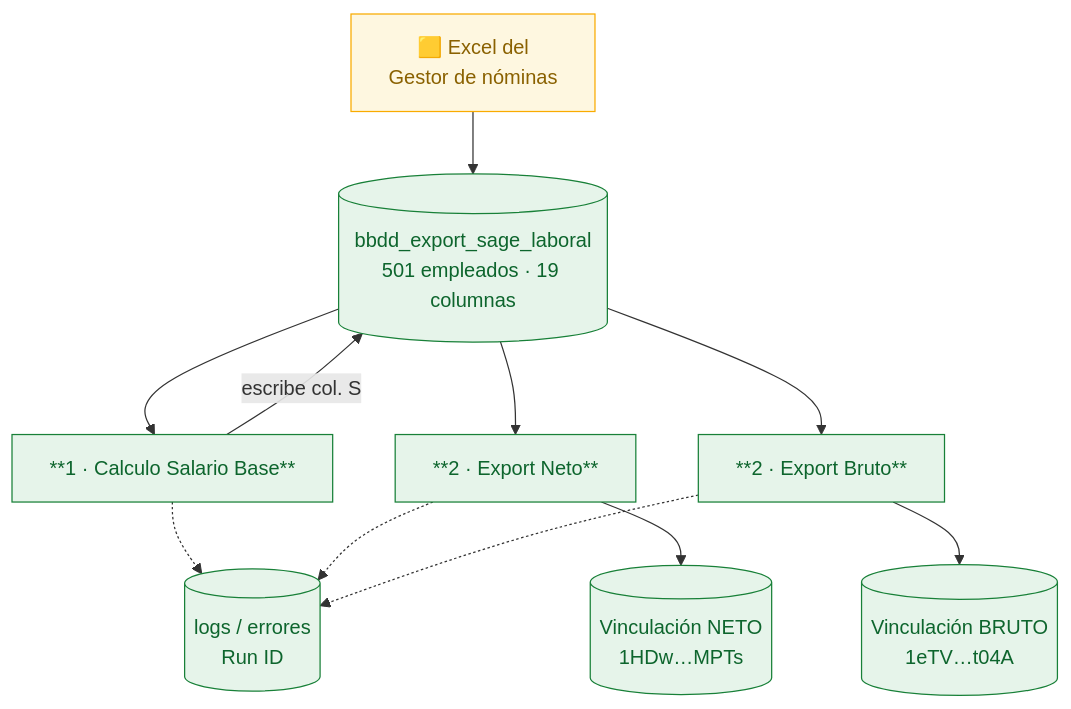
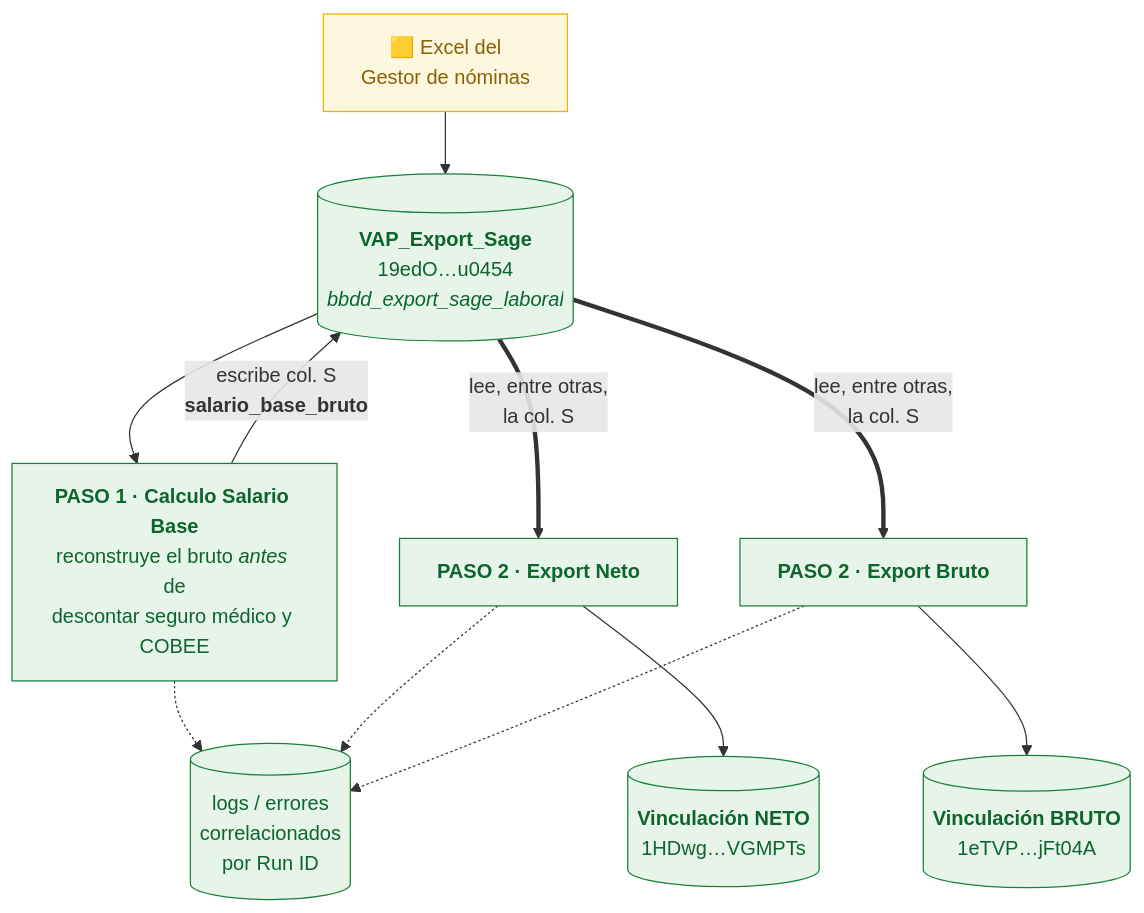
The sixth of 8 diagrams in docs/FLUJO.md (dev-GALA/Sistema_VAP), drawn with Mermaid before and after one commit. The commit also changed other lines of this file and 53 other files, not shown here.

````diff
--- a/docs/FLUJO.md
+++ b/docs/FLUJO.md
@@ -250,22 +475,22 @@
 ```mermaid
 flowchart TB
-    EXCEL["🟨 Excel del<br/>Gestor de nóminas"] --> SAGE[("bbdd_export_sage_laboral<br/>501 empleados · 19 columnas")]
+    EXCEL["🟨 Excel del<br/>Gestor de nóminas"] --> SAGE[("<b>VAP_Export_Sage</b><br/>19edO…u0454<br/><i>bbdd_export_sage_laboral</i>")]
 
-    SAGE --> P1["**1 · Calculo Salario Base**"]
-    P1 -->|"escribe col. S"| SAGE
+    SAGE --> P1["<b>PASO 1 · Calculo Salario Base</b><br/>reconstruye el bruto <i>antes</i> de<br/>descontar seguro médico y COBEE"]
+    P1 -->|"escribe col. S<br/><b>salario_base_bruto</b>"| SAGE
 
-    SAGE --> P2["**2 · Export Neto**"]
-    SAGE --> P3["**2 · Export Bruto**"]
+    SAGE ==>|"lee, entre otras,<br/>la col. S"| P2["<b>PASO 2 · Export Neto</b>"]
+    SAGE ==>|"lee, entre otras,<br/>la col. S"| P3["<b>PASO 2 · Export Bruto</b>"]
 
-    P2 --> N[("Vinculación NETO<br/>1HDw…MPTs")]
-    P3 --> B[("Vinculación BRUTO<br/>1eTV…t04A")]
+    P2 --> N[("<b>Vinculación NETO</b><br/>1HDwg…VGMPTs")]
+    P3 --> B[("<b>Vinculación BRUTO</b><br/>1eTVP…jFt04A")]
 
-    P1 -.-> LOG[("logs / errores<br/>Run ID")]
+    P1 -.-> LOG[("logs / errores<br/>correlacionados<br/>por Run ID")]
     P2 -.-> LOG
     P3 -.-> LOG
 
     classDef ok fill:#e6f4ea,stroke:#188038,color:#0d652d
     classDef manual fill:#fef7e0,stroke:#f9ab00,color:#8a6100
     class SAGE,P1,P2,P3,N,B,LOG ok
     class EXCEL manual
 ```
````
